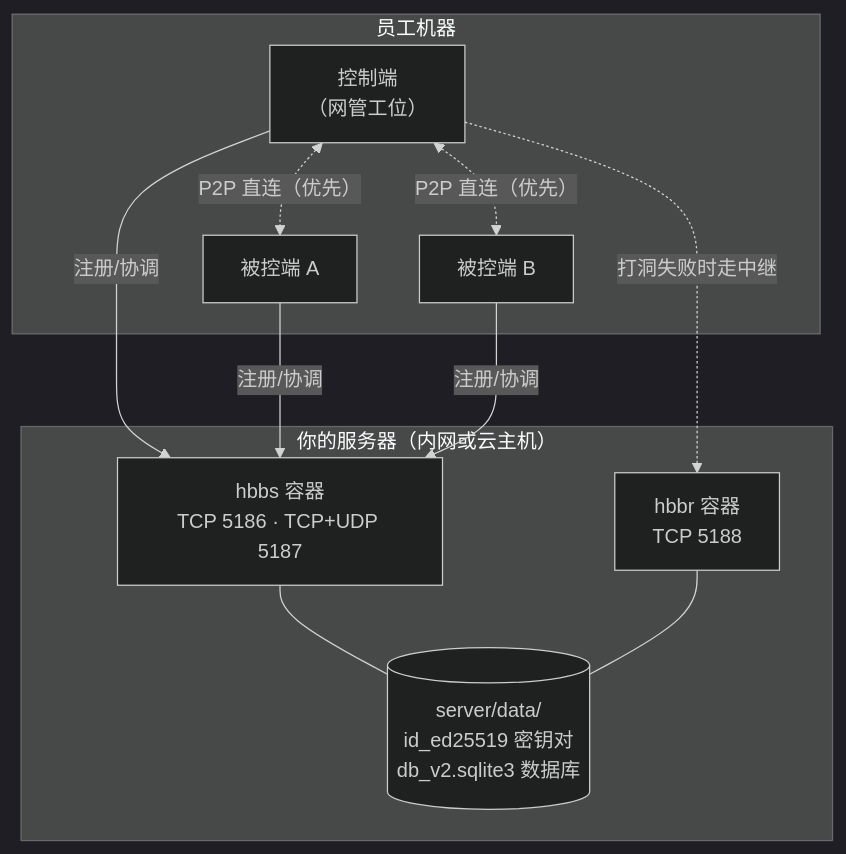
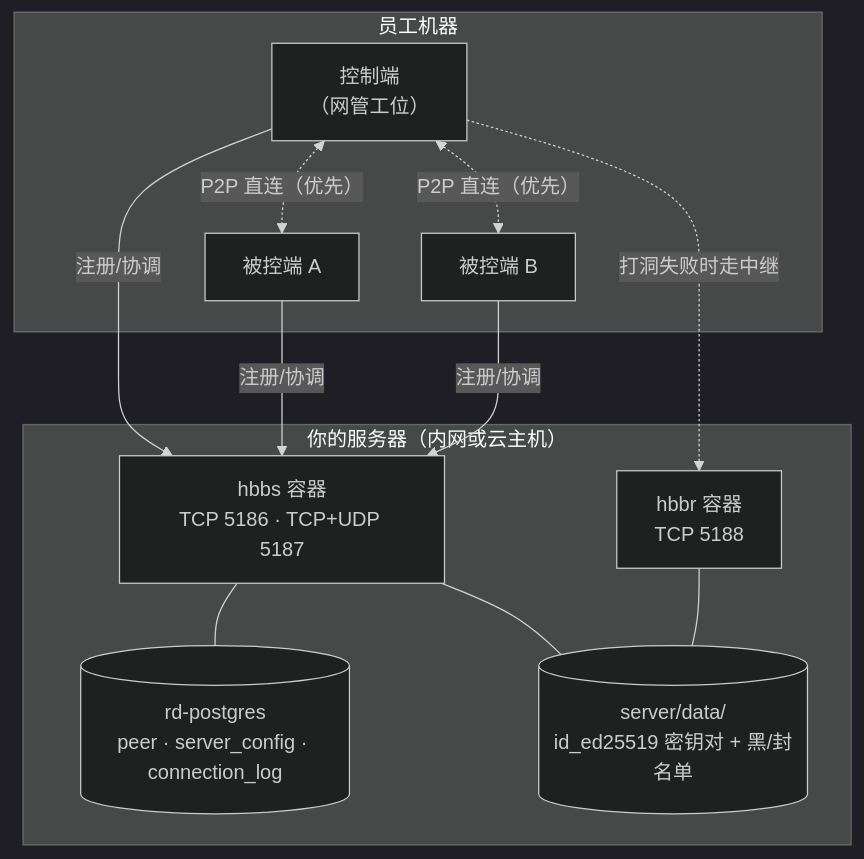
The diagram in docs/04-deploy.md (liaozhimingandy/wedesk), drawn with Mermaid (dark theme) before and after one commit. The commit also changed other lines of this file and 19 other files, not shown here.

````diff
--- a/docs/04-deploy.md
+++ b/docs/04-deploy.md
@@ -11,24 +11,26 @@
 ```mermaid
 flowchart TB
     subgraph INTRANET["你的服务器（内网或云主机）"]
         HBBS["hbbs 容器<br/>TCP 5186 · TCP+UDP 5187"]
         HBBR["hbbr 容器<br/>TCP 5188"]
-        DATA[("server/data/<br/>id_ed25519 密钥对<br/>db_v2.sqlite3 数据库")]
+        DATA[("server/data/<br/>id_ed25519 密钥对 + 黑/封名单")]
+        PG[("rd-postgres<br/>peer · server_config · connection_log")]
+        HBBS --- PG
         HBBS --- DATA
         HBBR --- DATA
     end
 
     subgraph STAFF["员工机器"]
         C1["控制端<br/>（网管工位）"]
         C2["被控端 A"]
         C3["被控端 B"]
     end
 
     C1 -->|"注册/协调"| HBBS
     C2 -->|"注册/协调"| HBBS
     C3 -->|"注册/协调"| HBBS
 
     C1 <-.->|"P2P 直连（优先）"| C2
     C1 <-.->|"P2P 直连（优先）"| C3
     C1 -.->|"打洞失败时走中继"| HBBR
 ```
````
